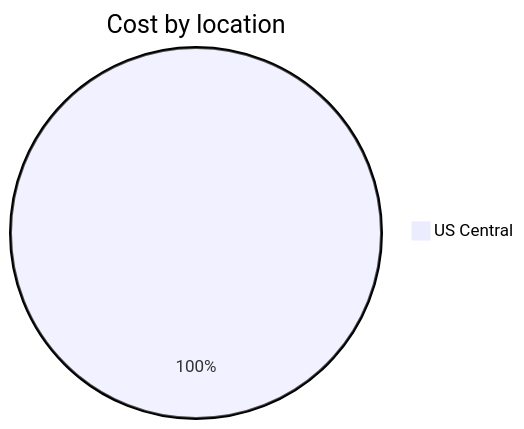
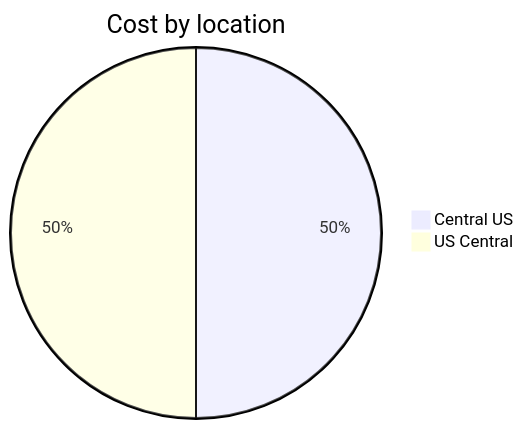
The third of 4 diagrams in cost-reports/personal-site/personalsiteapistorage.md (jpfulton/azure-personal-reports), drawn with Mermaid before and after one commit. The commit also changed other lines of this file and 7 other files, not shown here.

````diff
--- a/cost-reports/personal-site/personalsiteapistorage.md
+++ b/cost-reports/personal-site/personalsiteapistorage.md
@@ -107,5 +108,6 @@
 ```mermaid
 pie
    title Cost by location
-   "US Central" : 0.04
+   "Central US" : 0.02
+   "US Central" : 0.02
 ```
````
